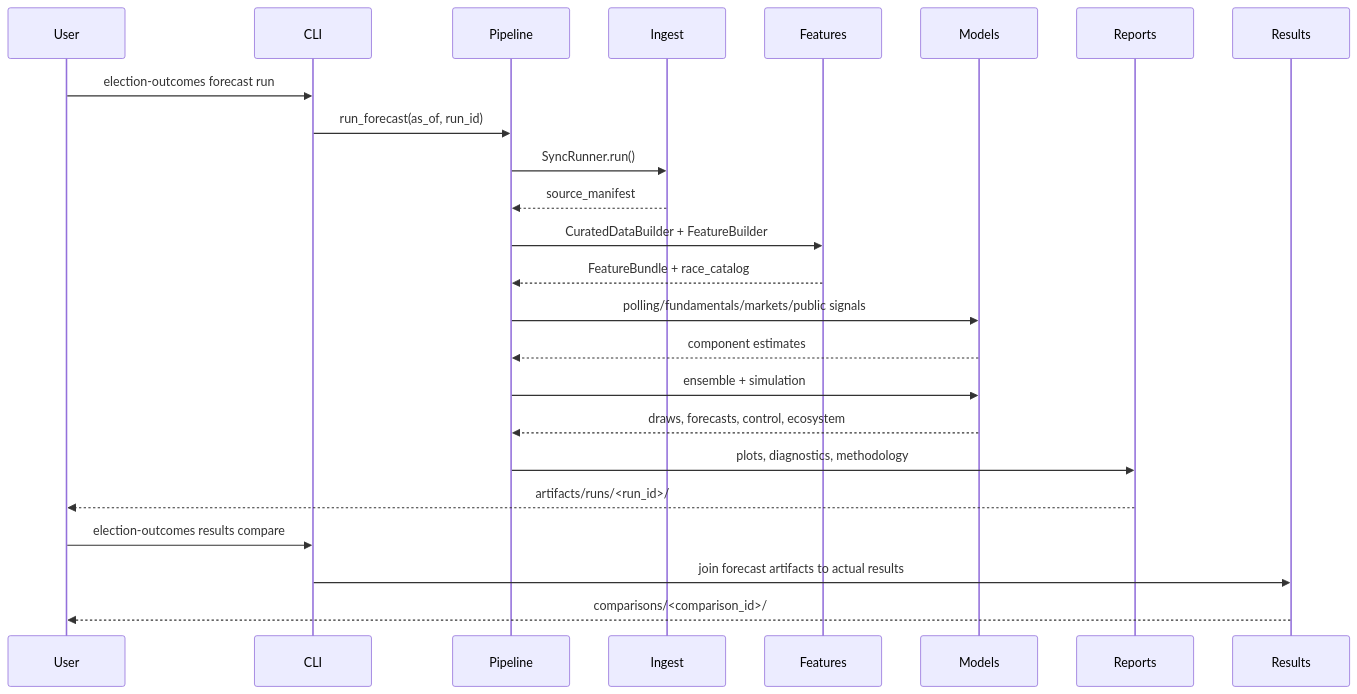
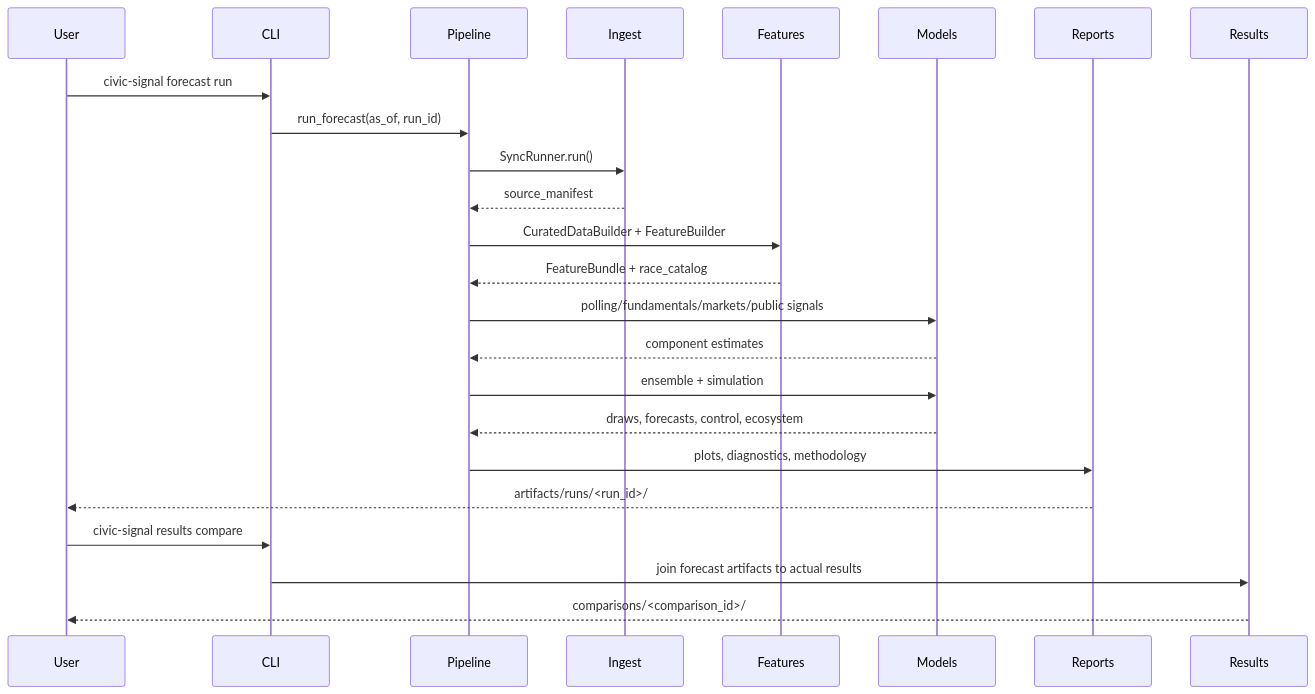
Before and after one commit to gustavorubim/election-outomes: the third of 5 diagrams in README.md, drawn with Mermaid. The commit also changed other lines of this file and 125 other files, not shown here.

Commit message:
chore: rebrand project as Civic Signal

````diff
--- a/README.md
+++ b/README.md
@@ -801,27 +805,27 @@
 ```mermaid
 sequenceDiagram
     participant User
     participant CLI
     participant Pipeline
     participant Ingest
     participant Features
     participant Models
     participant Reports
     participant Results
 
-    User->>CLI: election-outcomes forecast run
+    User->>CLI: civic-signal forecast run
     CLI->>Pipeline: run_forecast(as_of, run_id)
     Pipeline->>Ingest: SyncRunner.run()
     Ingest-->>Pipeline: source_manifest
     Pipeline->>Features: CuratedDataBuilder + FeatureBuilder
     Features-->>Pipeline: FeatureBundle + race_catalog
     Pipeline->>Models: polling/fundamentals/markets/public signals
     Models-->>Pipeline: component estimates
     Pipeline->>Models: ensemble + simulation
     Models-->>Pipeline: draws, forecasts, control, ecosystem
     Pipeline->>Reports: plots, diagnostics, methodology
     Reports-->>User: artifacts/runs/<run_id>/
-    User->>CLI: election-outcomes results compare
+    User->>CLI: civic-signal results compare
     CLI->>Results: join forecast artifacts to actual results
     Results-->>User: comparisons/<comparison_id>/
 ```
````
